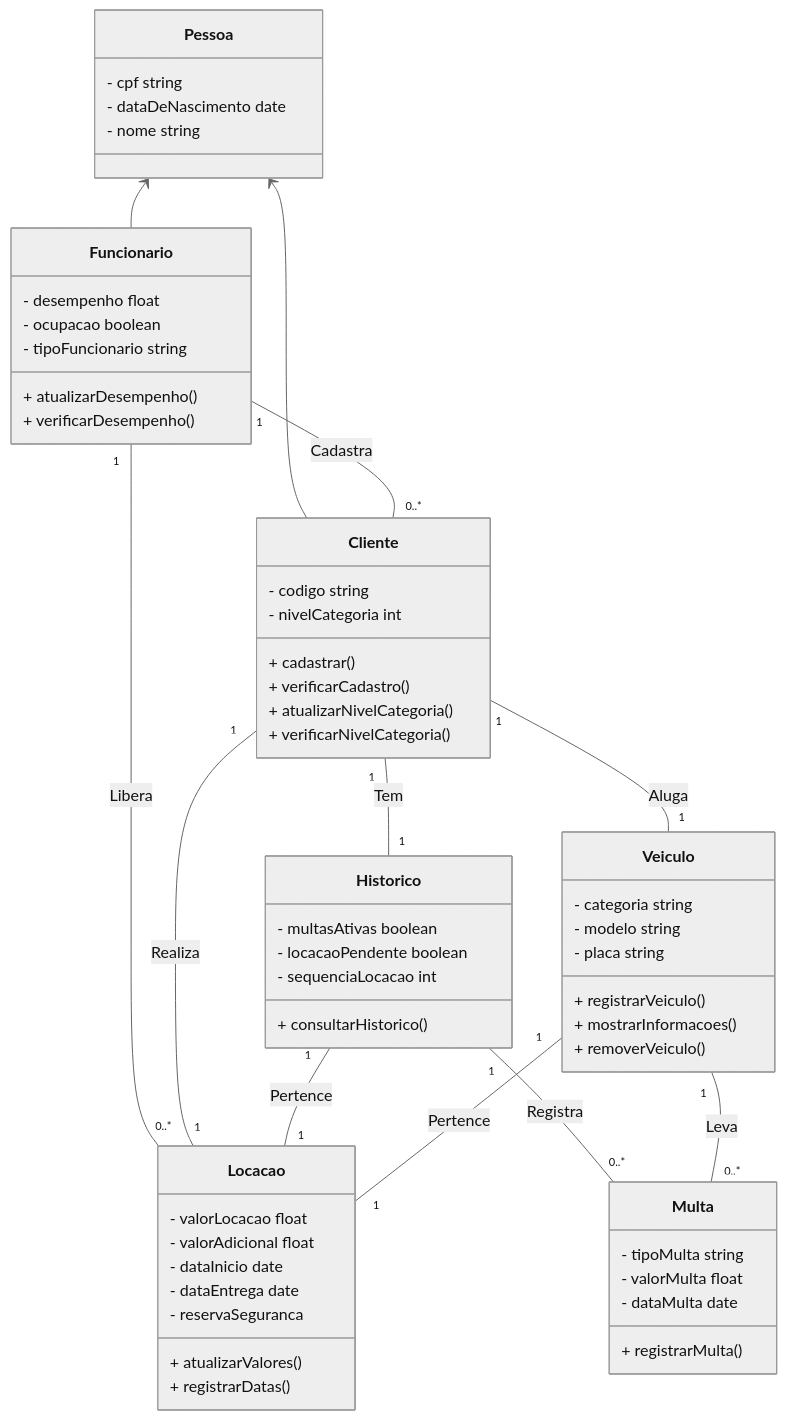
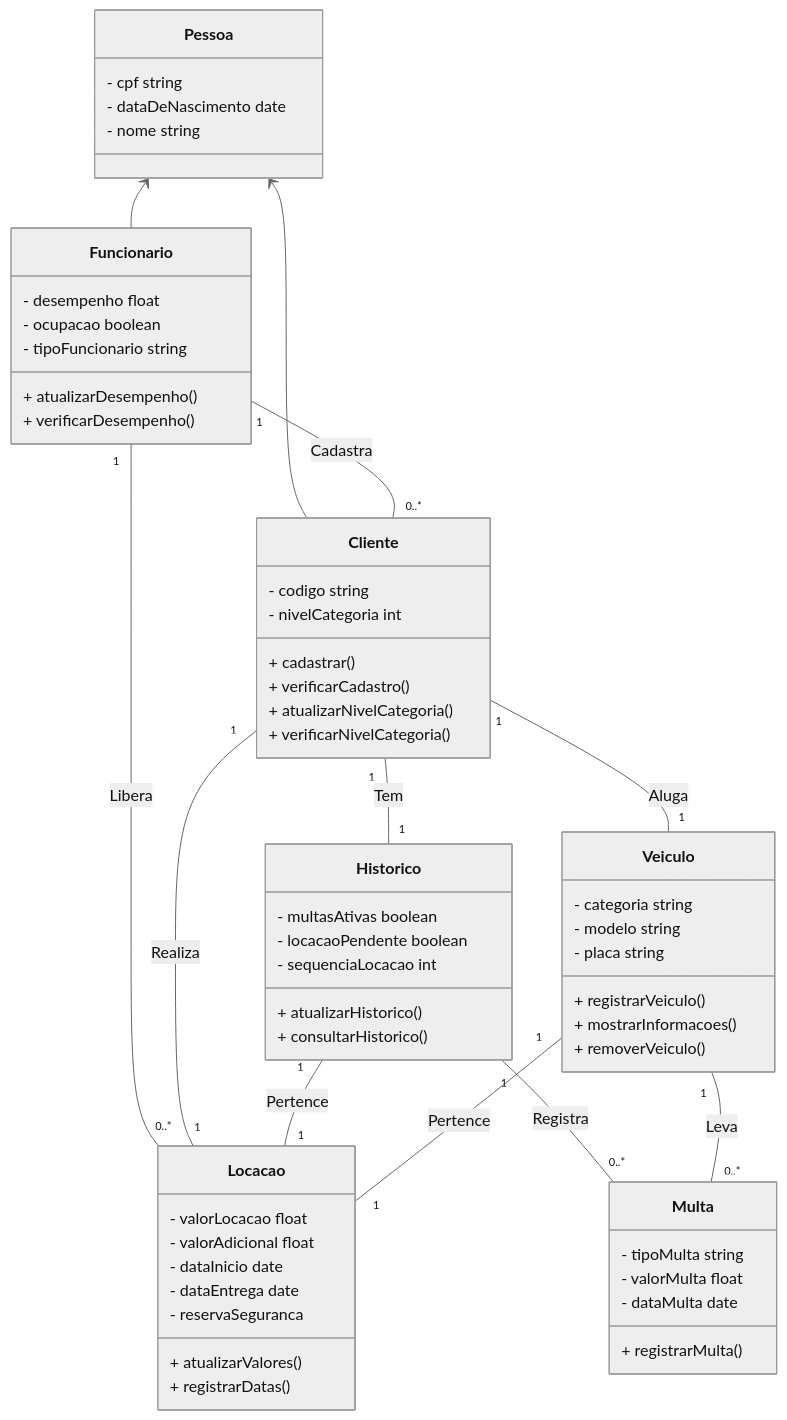
One commit to iagorosa28/mod_software changed the diagram in README.md. Above: the diagram before and after it, drawn with Mermaid (neutral theme).

````diff
--- a/README.md
+++ b/README.md
@@ -62,70 +62,71 @@
 ```mermaid
 classDiagram
   Pessoa <-- Cliente
   Pessoa <-- Funcionario
   Funcionario "1" -- "0..*" Cliente : Cadastra
   Funcionario "1" -- "0..*" Locacao : Libera
   Cliente "1" -- "1" Locacao : Realiza
   Cliente "1" -- "1" Veiculo : Aluga
   Cliente "1" -- "1" Historico : Tem
   Historico "1" -- "1" Locacao : Pertence
   Historico "1" -- "0..*" Multa : Registra
   Veiculo "1" -- "1" Locacao : Pertence
   Veiculo "1" -- "0..*" Multa : Leva
 
   class Pessoa{
   - cpf string
   - dataDeNascimento date
   - nome string
   }
 
   class Cliente{
   - codigo string
   - nivelCategoria int
   + cadastrar()
   + verificarCadastro()
   + atualizarNivelCategoria()
   + verificarNivelCategoria()
   }
 
   class Funcionario{
   - desempenho float
   - ocupacao boolean
   - tipoFuncionario string
   + atualizarDesempenho()
   + verificarDesempenho()
   }
 
   class Historico{
   - multasAtivas boolean
   - locacaoPendente boolean
   - sequenciaLocacao int
+  + atualizarHistorico()
   + consultarHistorico()
   }
 
   class Locacao{
   - valorLocacao float
   - valorAdicional float
   - dataInicio date
   - dataEntrega date
   - reservaSeguranca
   + atualizarValores()
   + registrarDatas()
   }
 
   class Veiculo{
   - categoria string
   - modelo string
   - placa string
   + registrarVeiculo()
   + mostrarInformacoes()
   + removerVeiculo()
   }
 
   class Multa{
   - tipoMulta string
   - valorMulta float
   - dataMulta date
   + registrarMulta()
   }
 ```
````
